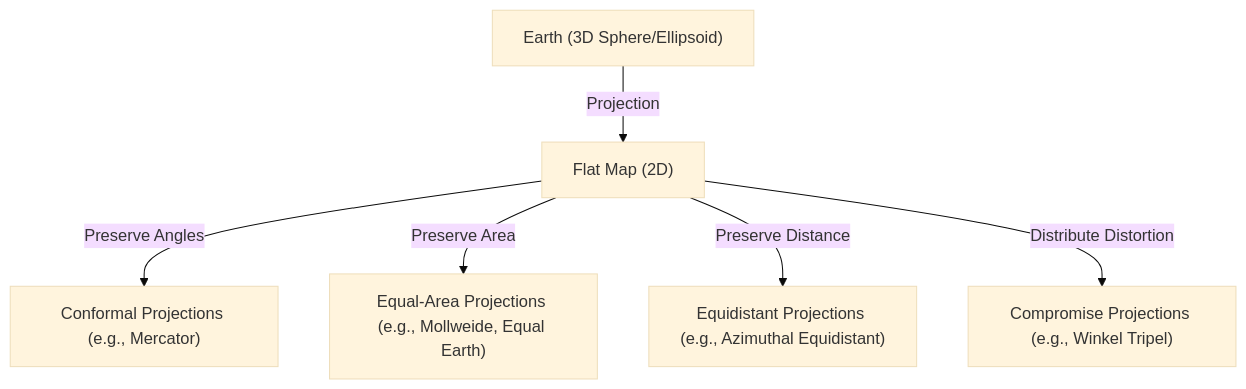
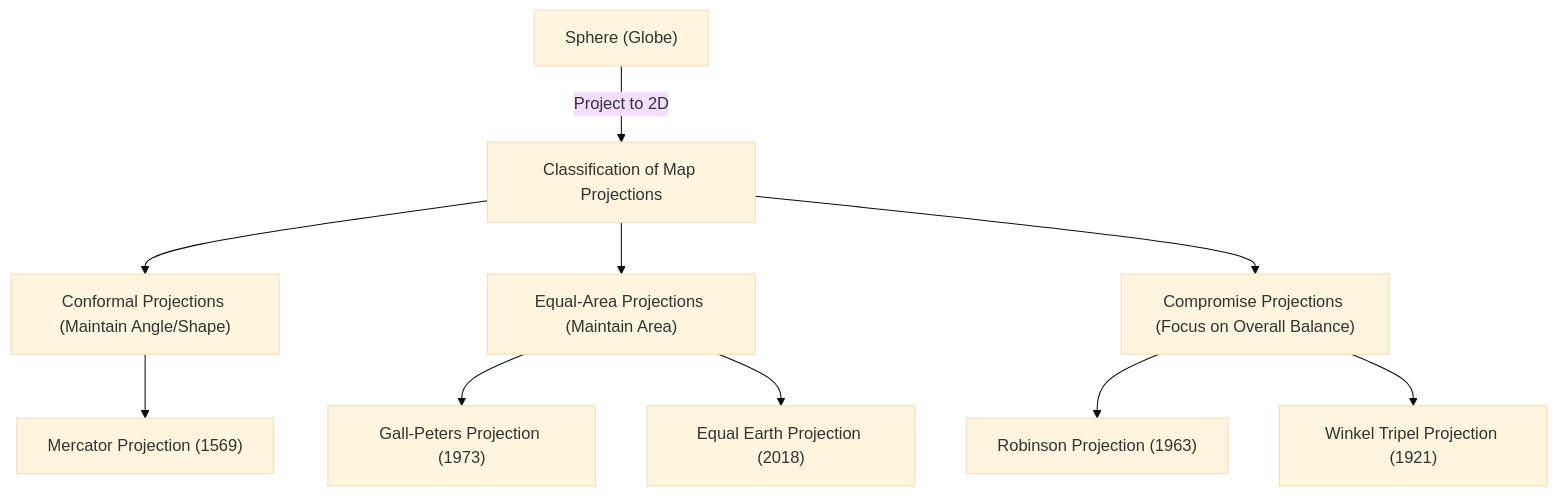
The diagram in content/post/history-of-map-projections/index.en.md (kenjinote/blog), drawn with Mermaid (base theme) before and after one commit. The commit also changed other lines of this file and 129 other files, not shown here.

````diff
--- a/content/post/history-of-map-projections/index.en.md
+++ b/content/post/history-of-map-projections/index.en.md
@@ -19,8 +30,13 @@
 ```mermaid
 graph TD
-    A["Earth (3D Sphere/Ellipsoid)"] -- "Projection" --> B["Flat Map (2D)"]
-    B -- "Preserve Angles" --> C["Conformal Projections (e.g., Mercator)"]
-    B -- "Preserve Area" --> D["Equal-Area Projections (e.g., Mollweide, Equal Earth)"]
-    B -- "Preserve Distance" --> E["Equidistant Projections (e.g., Azimuthal Equidistant)"]
-    B -- "Distribute Distortion" --> F["Compromise Projections (e.g., Winkel Tripel)"]
+    A["Sphere (Globe)"] -->|"Project to 2D"| B["Classification of Map Projections"]
+    B --> C["Conformal Projections (Maintain Angle/Shape)"]
+    B --> D["Equal-Area Projections (Maintain Area)"]
+    B --> E["Compromise Projections (Focus on Overall Balance)"]
+    
+    C --> F["Mercator Projection (1569)"]
+    D --> G["Gall-Peters Projection (1973)"]
+    D --> H["Equal Earth Projection (2018)"]
+    E --> I["Robinson Projection (1963)"]
+    E --> J["Winkel Tripel Projection (1921)"]
 ```
````
